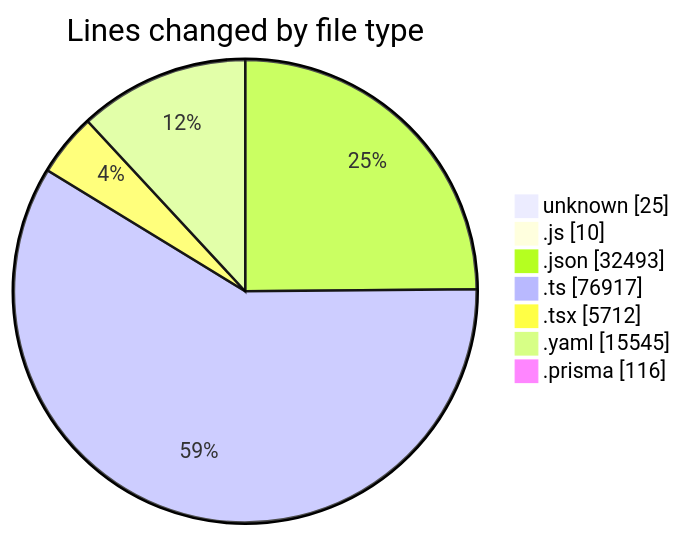
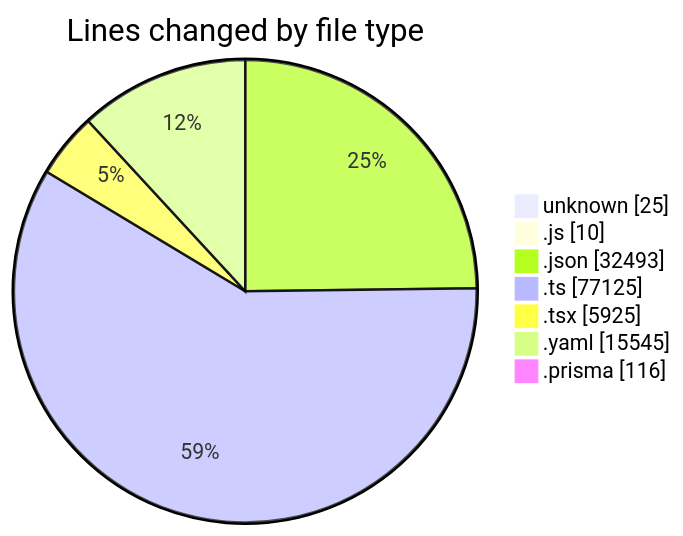
One commit to CELIANVF/code-tracking changed the first of 2 diagrams in 2025-05-02/ecodeli/README.md. Above: the diagram before and after it, drawn with Mermaid. The commit also changed other lines of this file and 1 other file, not shown here.

````diff
--- a/2025-05-02/ecodeli/README.md
+++ b/2025-05-02/ecodeli/README.md
@@ -85,11 +87,11 @@
 ```mermaid
 pie showData
 title Lines changed by file type
 "unknown" : 25
 ".js" : 10
 ".json" : 32493
-".ts" : 76917
-".tsx" : 5712
+".ts" : 77125
+".tsx" : 5925
 ".yaml" : 15545
 ".prisma" : 116
 ```
````
